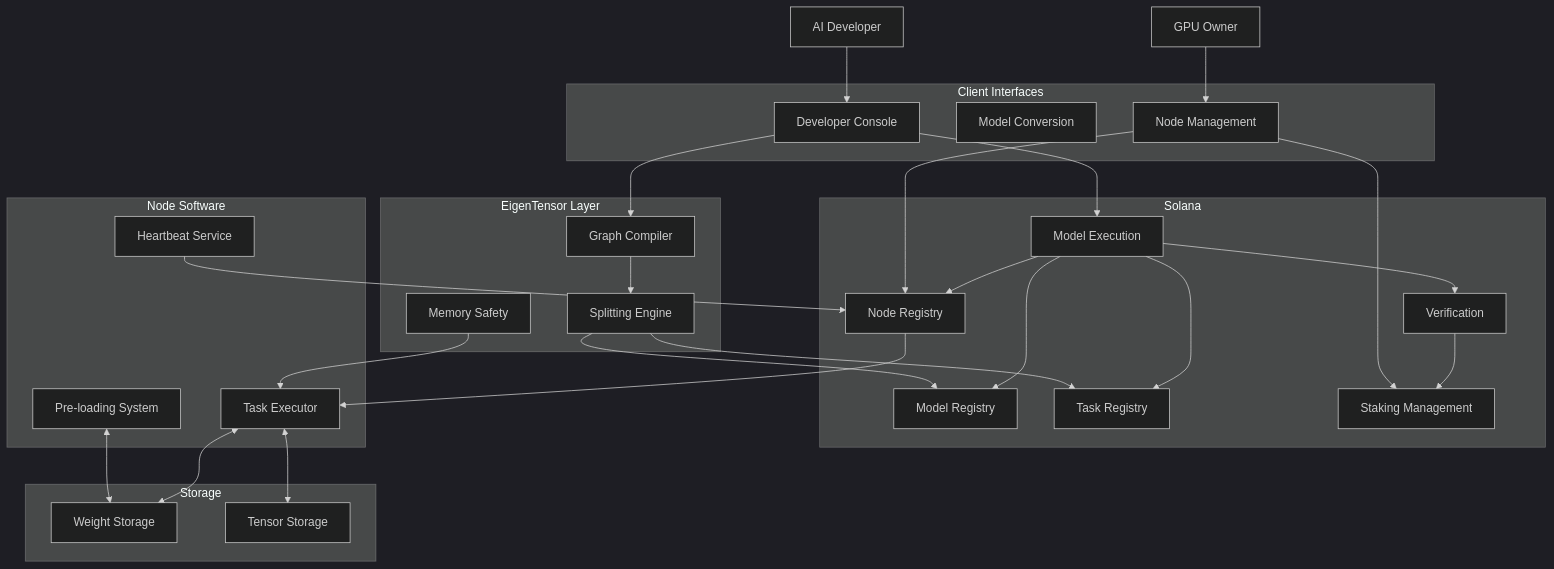
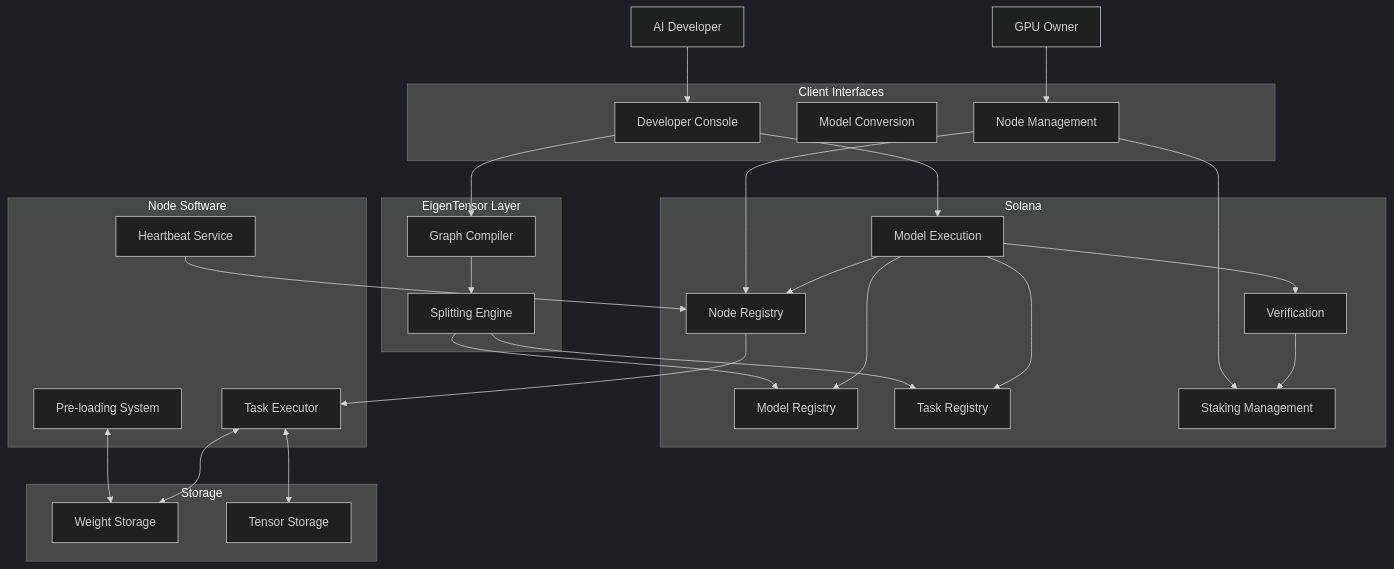
Before and after one commit to ToxicPine/planning-win: the third of 3 diagrams in presentation.md, drawn with Mermaid (dark theme). The commit also changed other lines of this file and 15 other files, not shown here.

````diff
--- a/presentation.md
+++ b/presentation.md
@@ -227,55 +229,53 @@
 ```mermaid
 flowchart TD
     subgraph Solana
         MR[Model Registry]
         TR[Task Registry]
         NR[Node Registry]
         ME[Model Execution]
         VR[Verification]
         SM[Staking Management]
     end
 
     subgraph "EigenTensor Layer"
         GC[Graph Compiler]
         SP[Splitting Engine]
-        MS[Memory Safety]
     end
 
     subgraph "Node Software"
         TE[Task Executor]
         PS[Pre-loading System]
         HS[Heartbeat Service]
     end
 
     subgraph "Client Interfaces"
         DC[Developer Console]
         MC[Model Conversion]
         NM[Node Management]
     end
 
     subgraph "Storage"
         WS[Weight Storage]
         TS[Tensor Storage]
     end
 
     Client[AI Developer] --> DC
     NodeOp[GPU Owner] --> NM
     DC --> GC
     GC --> SP
     DC --> ME
     ME --> NR
     ME --> MR
     ME --> TR
     ME --> VR
     VR --> SM
     NM --> NR
     NM --> SM
     NR --> TE
     TE <--> TS
     TE <--> WS
     PS <--> WS
     HS --> NR
     SP --> MR
     SP --> TR
-    MS --> TE
 ```
````
